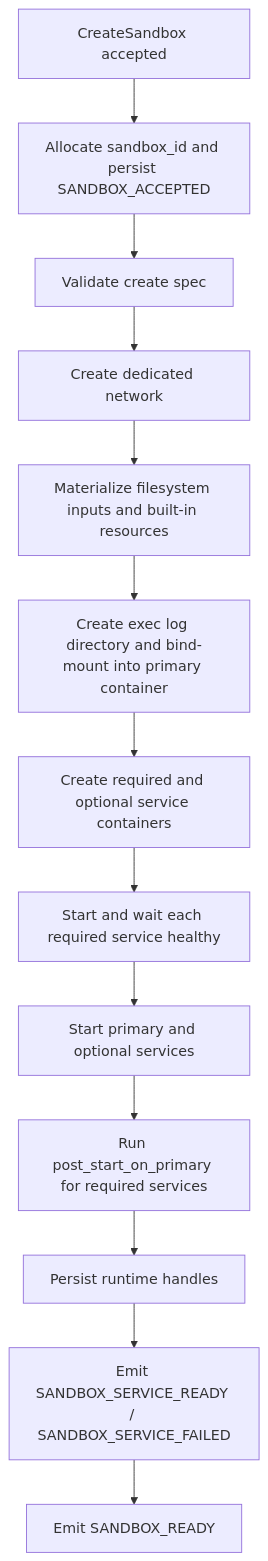
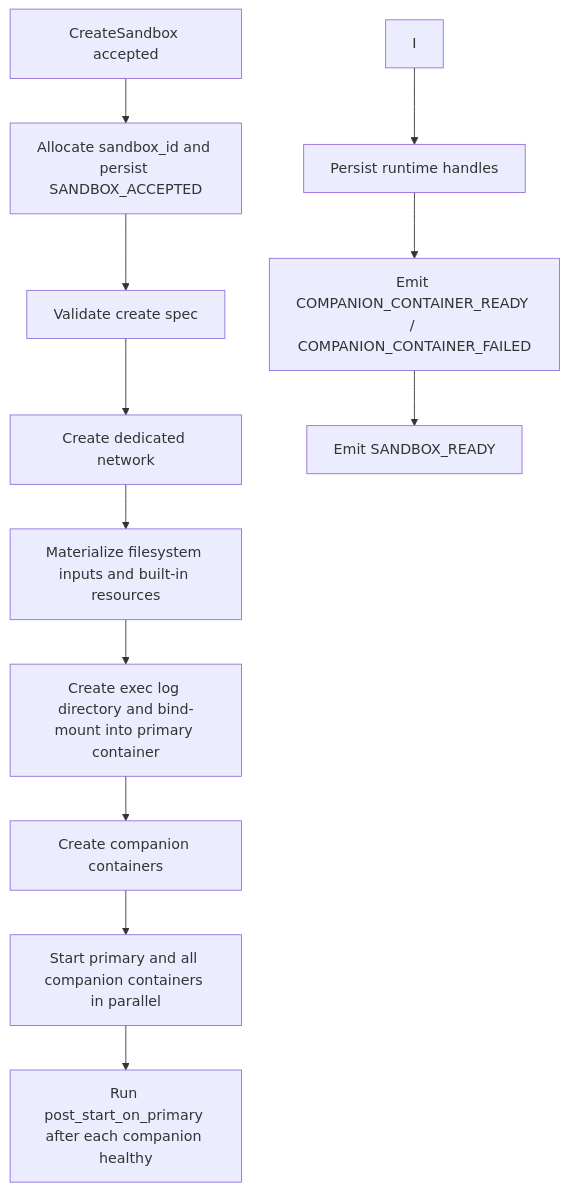
The second of 4 diagrams in docs/sandbox_container_lifecycle.md (1996fanrui/agents-sandbox), drawn with Mermaid before and after one commit. The commit also changed other lines of this file and 13 other files, not shown here.

First line of the commit message:
[ISSUE-120] Add Quick Start, Companion Container Guide, and rename service terminology in docs

````diff
--- a/docs/sandbox_container_lifecycle.md
+++ b/docs/sandbox_container_lifecycle.md
@@ -78,15 +78,14 @@
 ```mermaid
 flowchart TB
     A[CreateSandbox accepted] --> B[Allocate sandbox_id and persist SANDBOX_ACCEPTED]
     B --> C[Validate create spec]
     C --> D[Create dedicated network]
     D --> E[Materialize filesystem inputs and built-in resources]
     E --> E1[Create exec log directory and bind-mount into primary container]
-    E1 --> F[Create required and optional service containers]
-    F --> G[Start and wait each required service healthy]
-    G --> H[Start primary and optional services]
-    H --> I[Run post_start_on_primary for required services]
+    E1 --> F[Create companion containers]
+    F --> G[Start primary and all companion containers in parallel]
+    G --> H[Run post_start_on_primary after each companion healthy]
     I --> J[Persist runtime handles]
-    J --> K[Emit SANDBOX_SERVICE_READY / SANDBOX_SERVICE_FAILED]
+    J --> K[Emit COMPANION_CONTAINER_READY / COMPANION_CONTAINER_FAILED]
     K --> L[Emit SANDBOX_READY]
 ```
````
